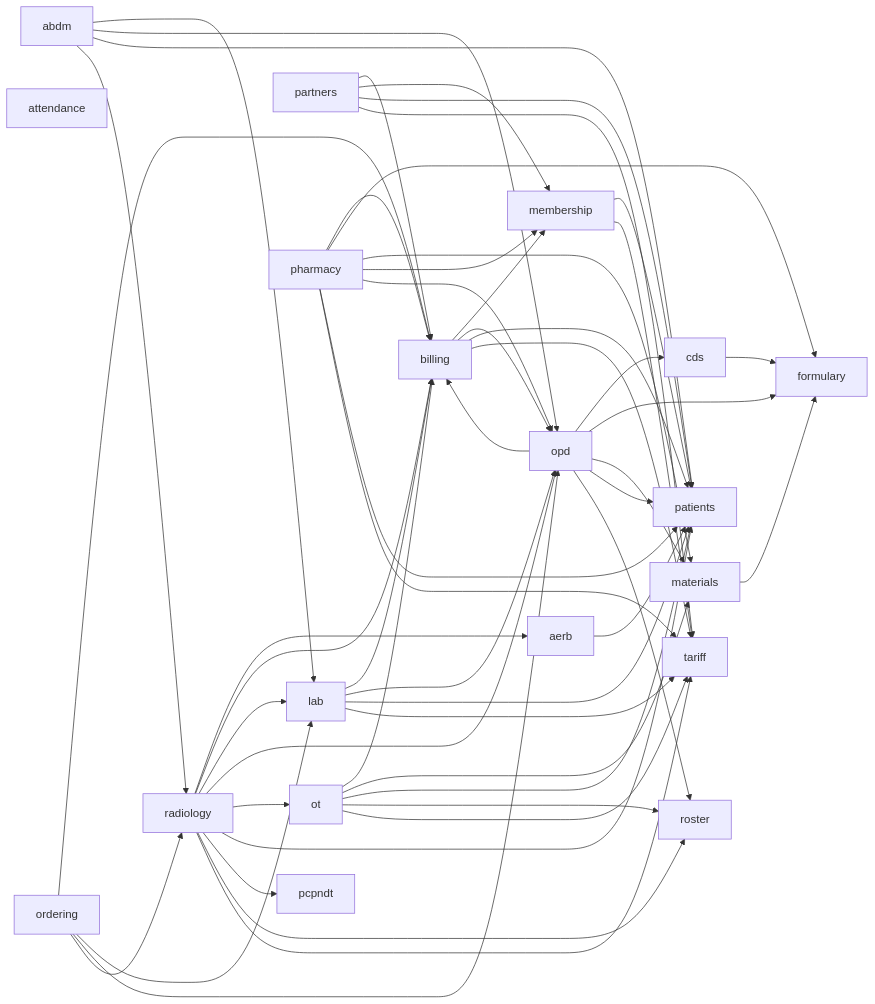
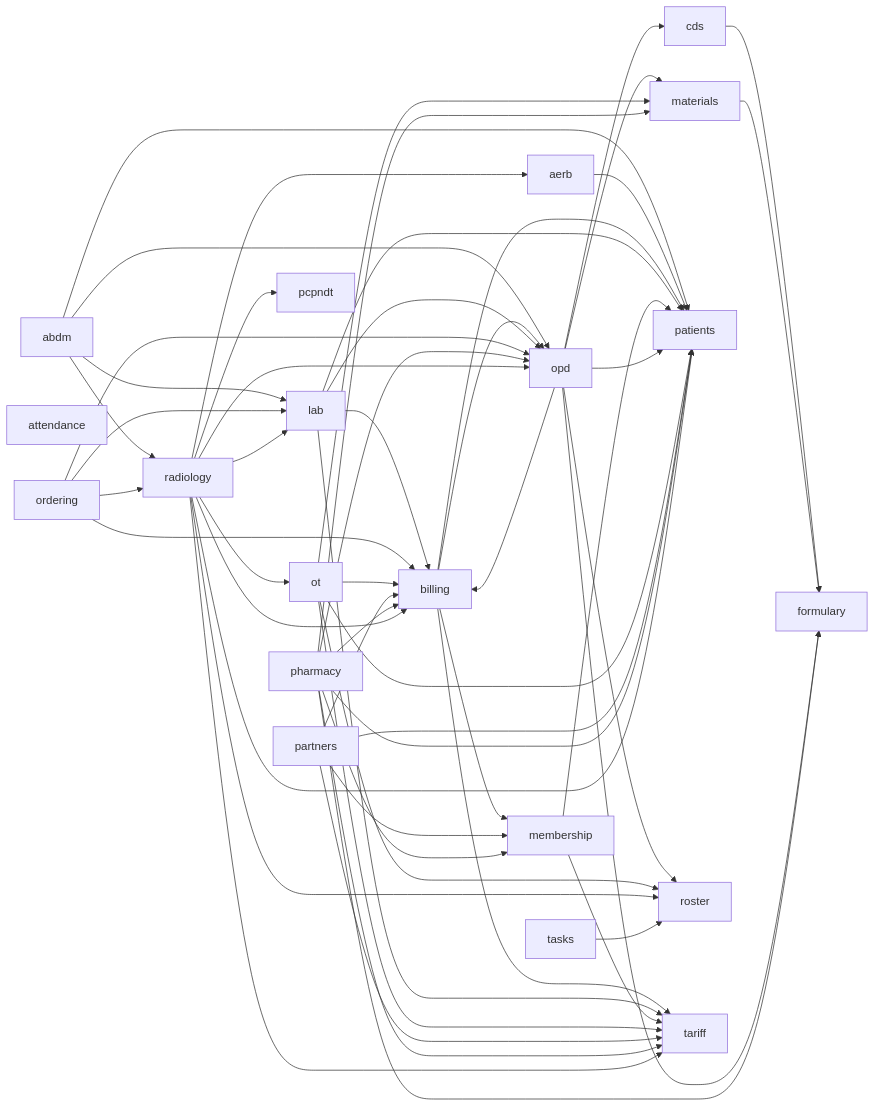
Before and after one commit to ankits3a/hims-hmis: the second of 2 diagrams in docs/architecture/README.md, drawn with Mermaid. The commit also changed other lines of this file and 5 other files, not shown here.

First line of the commit message:
docs(tasks): module notes and regenerated architecture map (E0.1)

````diff
--- a/docs/architecture/README.md
+++ b/docs/architecture/README.md
@@ -31,74 +31,76 @@
 ```mermaid
 flowchart LR
   abdm[abdm]
   aerb[aerb]
   attendance[attendance]
   billing[billing]
   cds[cds]
   formulary[formulary]
   lab[lab]
   materials[materials]
   membership[membership]
   opd[opd]
   ordering[ordering]
   ot[ot]
   partners[partners]
   patients[patients]
   pcpndt[pcpndt]
   pharmacy[pharmacy]
   radiology[radiology]
   roster[roster]
   tariff[tariff]
+  tasks[tasks]
   abdm --> lab
   abdm --> opd
   abdm --> patients
   abdm --> radiology
   aerb --> patients
   billing --> membership
   billing --> opd
   billing --> patients
   billing --> tariff
   cds --> formulary
   lab --> billing
   lab --> opd
   lab --> patients
   lab --> tariff
   materials --> formulary
   membership --> patients
   membership --> tariff
   opd --> billing
   opd --> cds
   opd --> formulary
   opd --> materials
   opd --> patients
   opd --> roster
   ordering --> billing
   ordering --> lab
   ordering --> opd
   ordering --> radiology
   ot --> billing
   ot --> materials
   ot --> patients
   ot --> roster
   ot --> tariff
   partners --> billing
   partners --> membership
   partners --> patients
   partners --> tariff
   pharmacy --> billing
   pharmacy --> formulary
   pharmacy --> materials
   pharmacy --> membership
   pharmacy --> opd
   pharmacy --> patients
   pharmacy --> tariff
   radiology --> aerb
   radiology --> billing
   radiology --> lab
   radiology --> opd
   radiology --> ot
   radiology --> patients
   radiology --> pcpndt
   radiology --> roster
   radiology --> tariff
+  tasks --> roster
 ```
````
